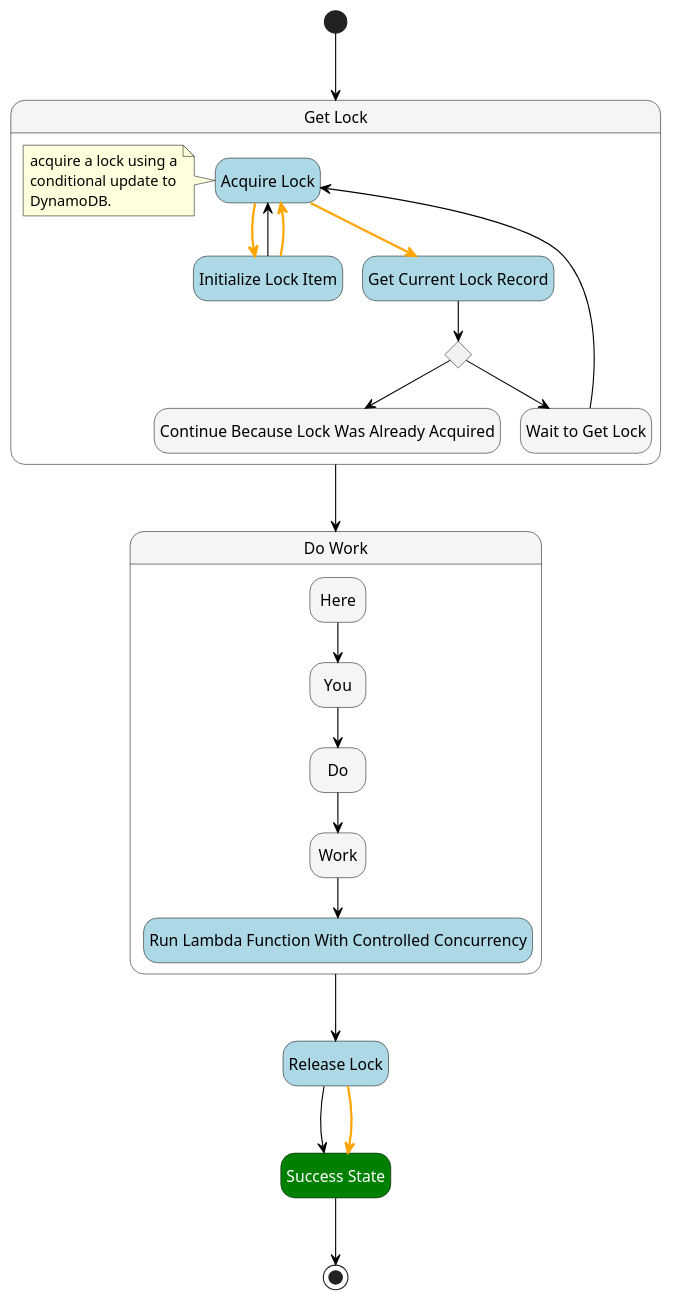
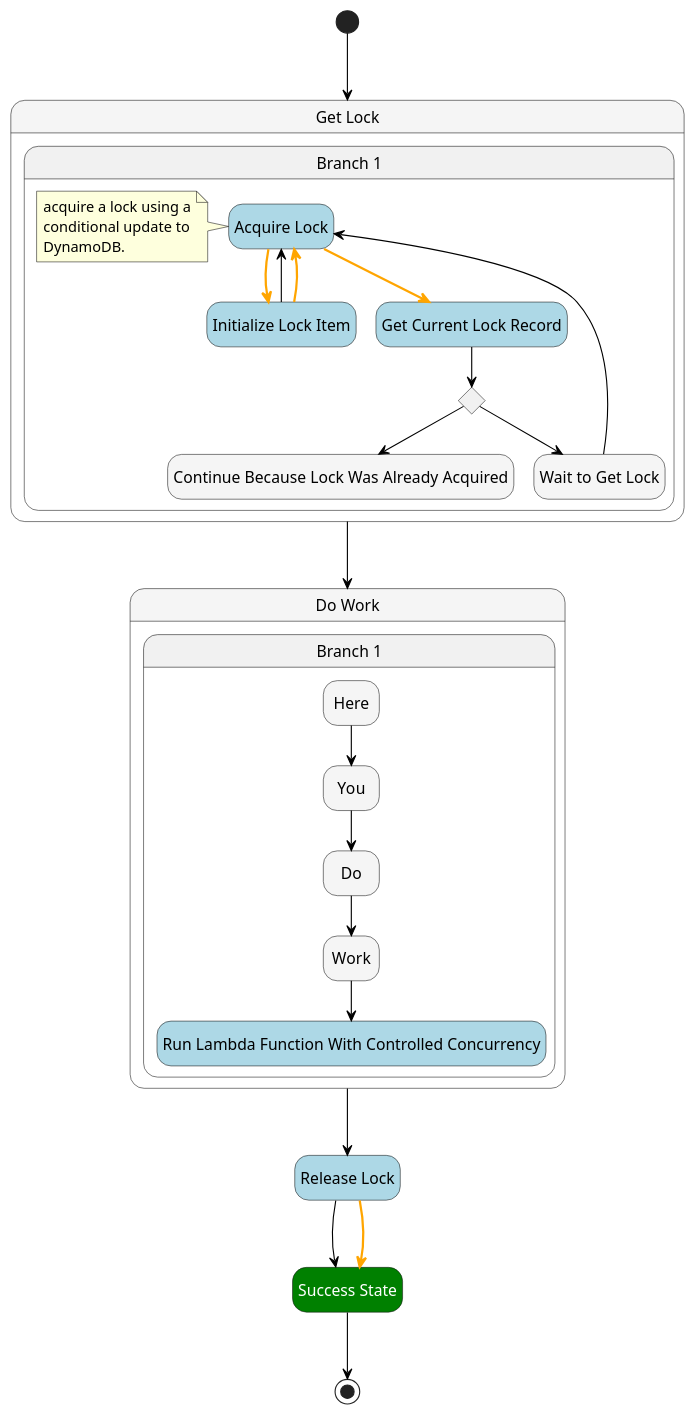
Before and after one commit to massfords/asl-puml: the diagram in src/__tests__/pumls/aws-example-dynamodb-semaphore.asl.puml, drawn with PlantUML. The commit also changed 6 other files, not shown here.

```diff
--- a/src/__tests__/pumls/aws-example-dynamodb-semaphore.asl.puml
+++ b/src/__tests__/pumls/aws-example-dynamodb-semaphore.asl.puml
@@ -1,64 +1,68 @@
 @startuml
 hide empty description
 skinparam ArrowColor #black
 skinparam state {
 
     BackgroundColor<<Choice>> #whitesmoke
     FontColor<<Choice>> automatic
 
     BackgroundColor<<aslParallel>> #whitesmoke
 
     BackgroundColor<<aslPass>> #whitesmoke
     FontColor<<aslPass>> automatic
 
     BackgroundColor<<aslSucceed>> #green
     FontColor<<aslSucceed>> automatic
 
     BackgroundColor<<aslTask>> #lightblue
     FontColor<<aslTask>> automatic
 
     BackgroundColor<<aslWait>> #whitesmoke
     FontColor<<aslWait>> automatic
     BackgroundColor<<Compensate>> #orange
 }
 state "Get Lock" as state1<<aslParallel>> {
+state "Branch 1" as state1_1 {
 state "Acquire Lock" as state5<<aslTask>>
 note left
   acquire a lock using a
   conditional update to
   DynamoDB.
 end note
 state "Initialize Lock Item" as state6<<aslTask>>
 state "Get Current Lock Record" as state7<<aslTask>>
 state "Check If Lock Already Acquired" as state8<<Choice>>
 state "Continue Because Lock Was Already Acquired" as state9<<aslPass>>
 state "Wait to Get Lock" as state10<<aslWait>>
 }
+}
 state "Do Work" as state2<<aslParallel>> {
+state "Branch 1" as state2_1 {
 state "Here" as state11<<aslPass>>
 state "You" as state12<<aslPass>>
 state "Do" as state13<<aslPass>>
 state "Work" as state14<<aslPass>>
 state "Run Lambda Function With Controlled Concurrency" as state15<<aslTask>>
+}
 }
 state "Release Lock" as state3<<aslTask>>
 state "Success State" as state4<<aslSucceed>>
 [*] --> state1
 state1 --> state2
 state2 --> state3
 state3 --> state4
 state3 -[bold,#orange]-> state4
 state4 --> [*]
 state5 -[bold,#orange]-> state6
 state5 -[bold,#orange]-> state7
 state6 --> state5
 state6 -[bold,#orange]-> state5
 state7 --> state8
 state8 --> state9
 state8 --> state10
 state10 --> state5
 state11 --> state12
 state12 --> state13
 state13 --> state14
 state14 --> state15
 @enduml
```
